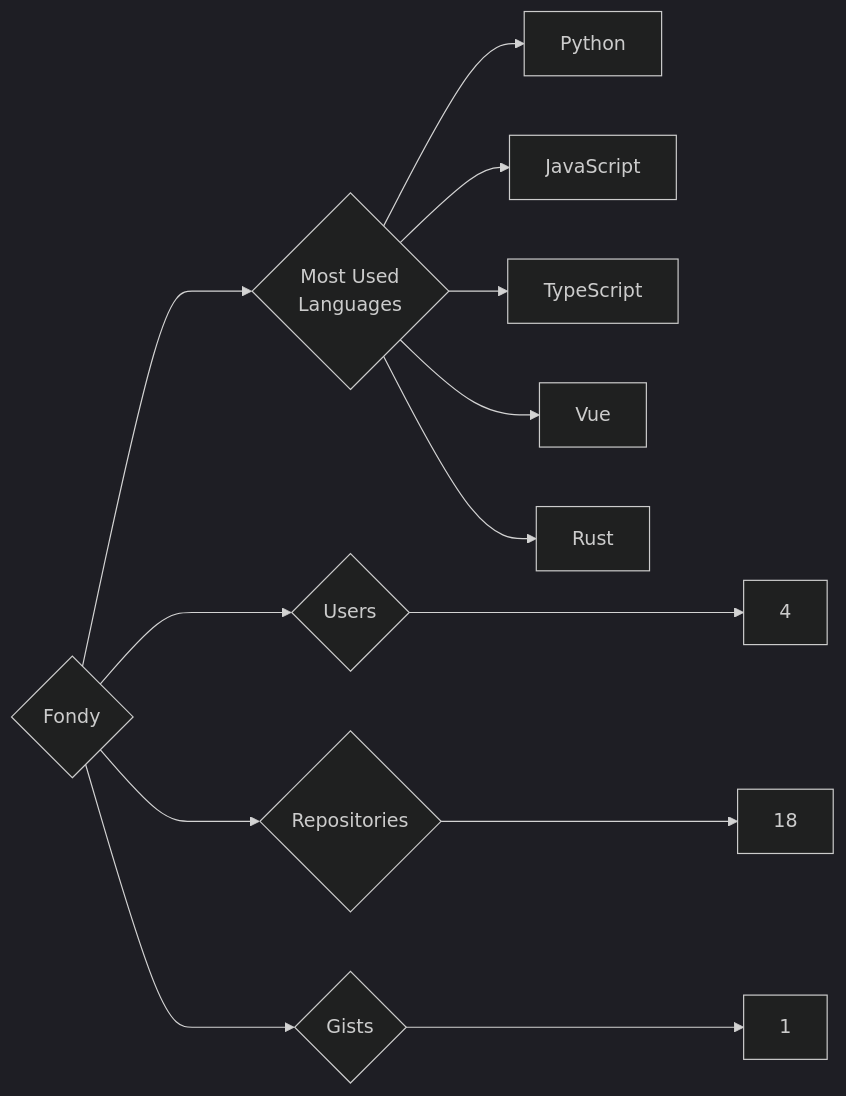
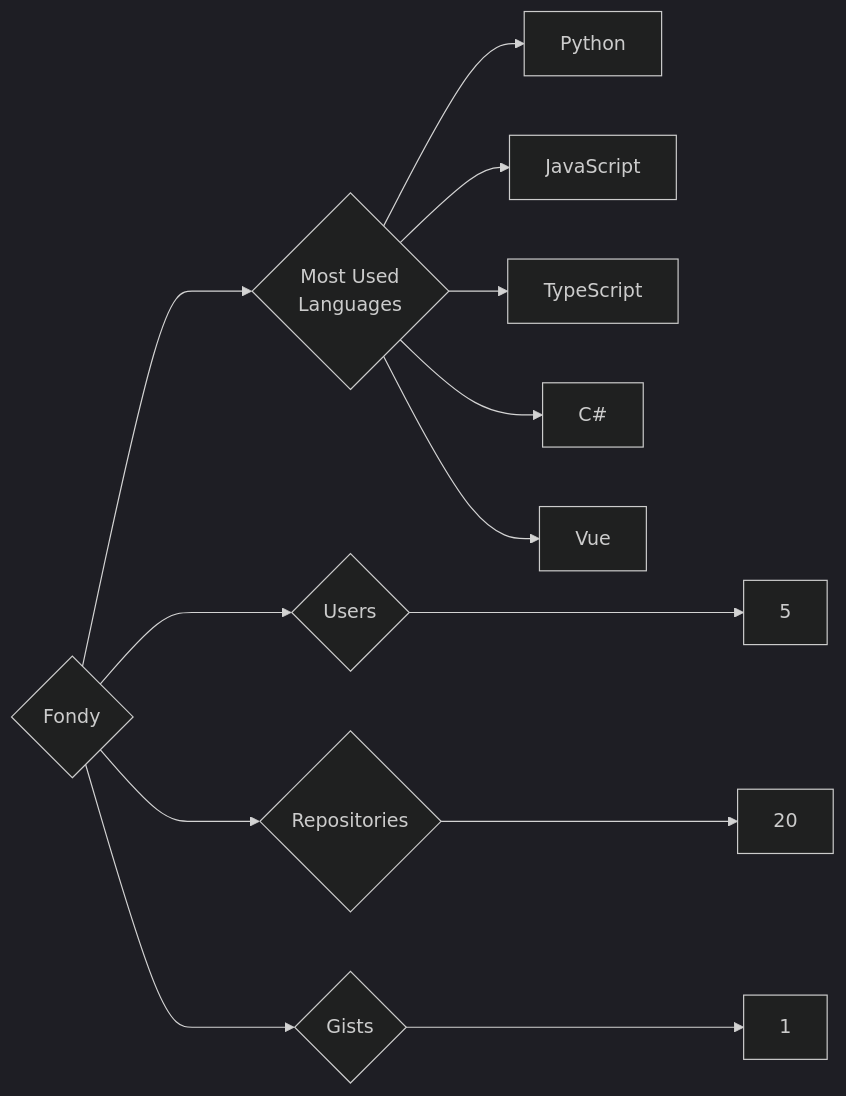
Before and after one commit to trickest/insiders: the diagram in targets/Fondy/README.md, drawn with Mermaid (dark theme). The commit also changed 859 other files, not shown here.

````diff
--- a/targets/Fondy/README.md
+++ b/targets/Fondy/README.md
@@ -3,13 +3,13 @@
 ```mermaid
 graph LR
 COMPANY_NAME{Fondy}
-COMPANY_NAME ---> U{Users} ---> UN[4]
-COMPANY_NAME ---> R{Repositories} ---> RN[18]
+COMPANY_NAME ---> U{Users} ---> UN[5]
+COMPANY_NAME ---> R{Repositories} ---> RN[20]
 COMPANY_NAME ---> G{Gists} ---> GN[1]
 COMPANY_NAME ---> ML{Most Used<br>Languages}
 ML --> Python[Python]
 ML --> JavaScript[JavaScript]
 ML --> TypeScript[TypeScript]
+ML --> C#[C#]
 ML --> Vue[Vue]
-ML --> Rust[Rust]
 ```
````
